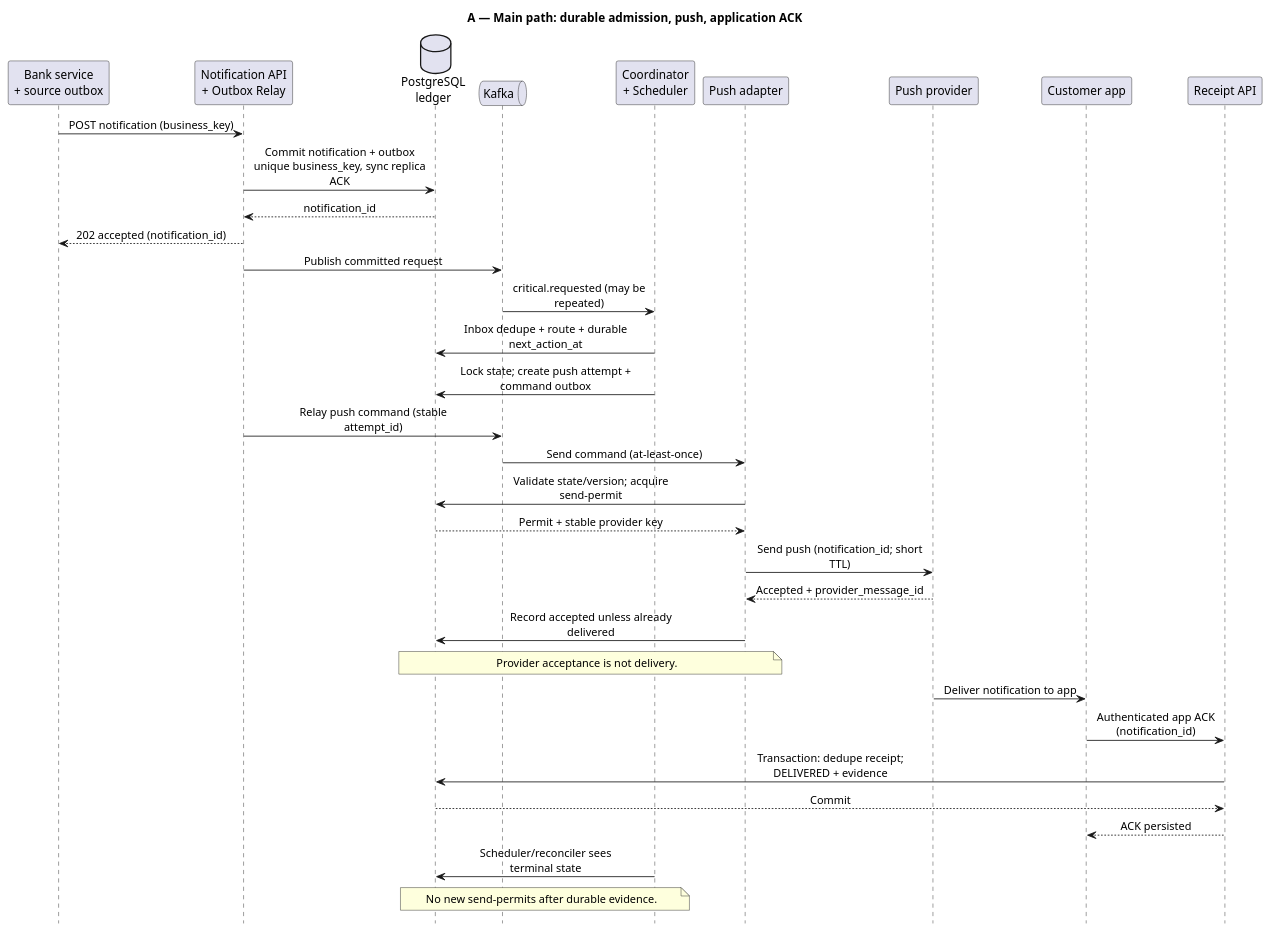
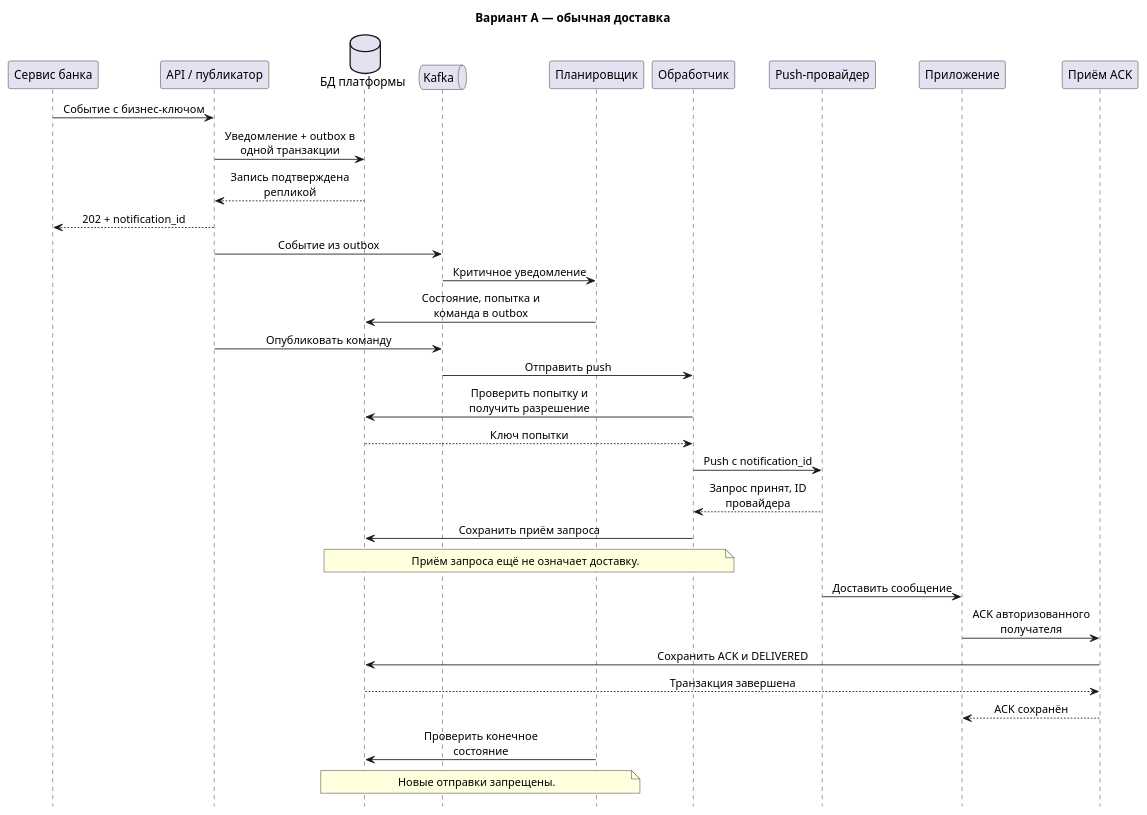
The diagram in hw4/diagrams/a-main.puml (irinamilova/marketplace-architecture), drawn with PlantUML before and after one commit. The commit also changed 18 other files, not shown here.

```diff
--- a/hw4/diagrams/a-main.puml
+++ b/hw4/diagrams/a-main.puml
@@ -1,39 +1,38 @@
 @startuml
-title A — Main path: durable admission, push, application ACK
+title Вариант A — обычная доставка
 hide footbox
 skinparam backgroundColor #FFFFFF
 skinparam sequenceMessageAlign center
-skinparam maxMessageSize 210
-participant "Bank service\n+ source outbox" as Bank
-participant "Notification API\n+ Outbox Relay" as API
-database "PostgreSQL\nledger" as DB
+skinparam maxMessageSize 190
+participant "Сервис банка" as Bank
+participant "API / публикатор" as API
+database "БД платформы" as DB
 queue "Kafka" as K
-participant "Coordinator\n+ Scheduler" as C
-participant "Push adapter" as W
-participant "Push provider" as P
-participant "Customer app" as App
-participant "Receipt API" as R
-Bank -> API: POST notification (business_key)
-API -> DB: Commit notification + outbox\nunique business_key, sync replica ACK
-DB --> API: notification_id
-API --> Bank: 202 accepted (notification_id)
-API -> K: Publish committed request
-K -> C: critical.requested (may be repeated)
-C -> DB: Inbox dedupe + route + durable next_action_at
-C -> DB: Lock state; create push attempt + command outbox
-API -> K: Relay push command (stable attempt_id)
-K -> W: Send command (at-least-once)
-W -> DB: Validate state/version; acquire send-permit
-DB --> W: Permit + stable provider key
-W -> P: Send push (notification_id; short TTL)
-P --> W: Accepted + provider_message_id
-W -> DB: Record accepted unless already delivered
-note over W,DB: Provider acceptance is not delivery.
-P -> App: Deliver notification to app
-App -> R: Authenticated app ACK (notification_id)
-R -> DB: Transaction: dedupe receipt; DELIVERED + evidence
-DB --> R: Commit
-R --> App: ACK persisted
-C -> DB: Scheduler/reconciler sees terminal state
-note over C,DB: No new send-permits after durable evidence.
+participant "Планировщик" as C
+participant "Обработчик" as W
+participant "Push-провайдер" as P
+participant "Приложение" as App
+participant "Приём ACK" as R
+Bank -> API: Событие с бизнес-ключом
+API -> DB: Уведомление + outbox в одной транзакции
+DB --> API: Запись подтверждена репликой
+API --> Bank: 202 + notification_id
+API -> K: Событие из outbox
+K -> C: Критичное уведомление
+C -> DB: Состояние, попытка и команда в outbox
+API -> K: Опубликовать команду
+K -> W: Отправить push
+W -> DB: Проверить попытку и получить разрешение
+DB --> W: Ключ попытки
+W -> P: Push с notification_id
+P --> W: Запрос принят, ID провайдера
+W -> DB: Сохранить приём запроса
+note over W,DB: Приём запроса ещё не означает доставку.
+P -> App: Доставить сообщение
+App -> R: ACK авторизованного получателя
+R -> DB: Сохранить ACK и DELIVERED
+DB --> R: Транзакция завершена
+R --> App: ACK сохранён
+C -> DB: Проверить конечное состояние
+note over C,DB: Новые отправки запрещены.
 @enduml
```
